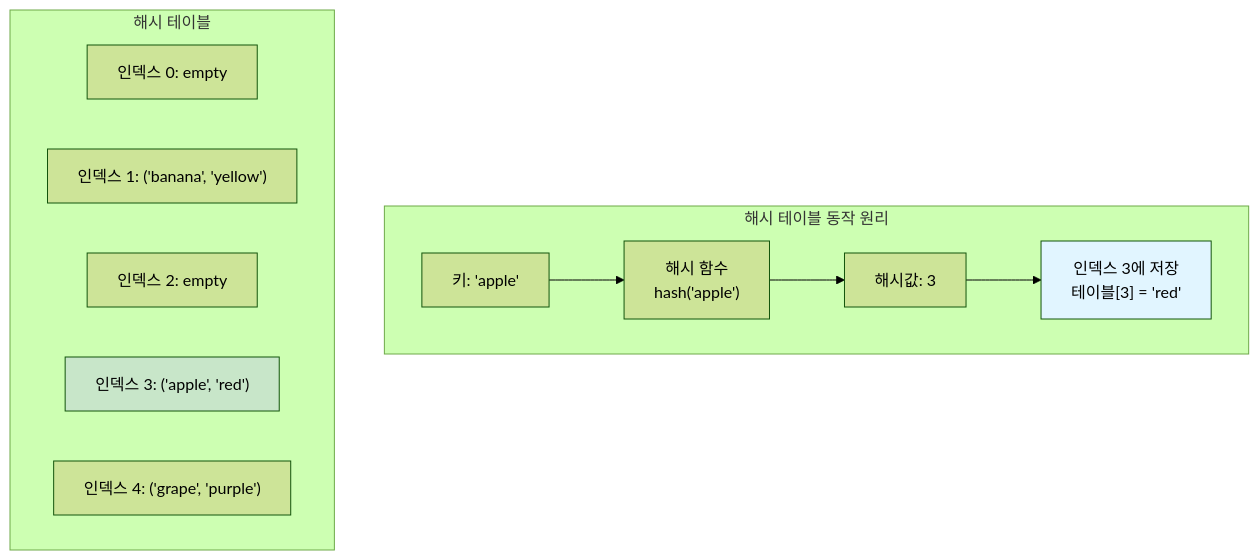
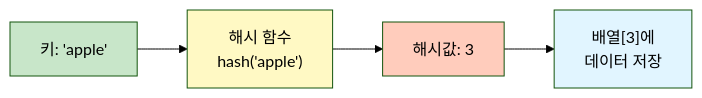
One commit to nugurejeil/weniVooks changed the second of 4 diagrams in _md/essentials-codingtest/chapter03/03-3.md. Above: the diagram before and after it, drawn with Mermaid (forest theme). The commit also changed other lines of this file and 6 other files, not shown here.

````diff
--- a/_md/essentials-codingtest/chapter03/03-3.md
+++ b/_md/essentials-codingtest/chapter03/03-3.md
@@ -27,19 +41,11 @@
 ```mermaid
-graph TB
-    subgraph "해시 테이블 동작 원리"
+graph LR
     A["키: 'apple'"] --> B["해시 함수<br/>hash('apple')"]
     B --> C["해시값: 3"]
-    C --> D["인덱스 3에 저장<br/>테이블[3] = 'red'"]
-    end
+    C --> D["배열[3]에<br/>데이터 저장"]
 
-    subgraph "해시 테이블"
-    E["인덱스 0: empty"]
-    F["인덱스 1: ('banana', 'yellow')"]
-    G["인덱스 2: empty"]
-    H["인덱스 3: ('apple', 'red')"]
-    I["인덱스 4: ('grape', 'purple')"]
-    end
-
-    style H fill:#c8e6c9
+    style A fill:#c8e6c9
+    style B fill:#fff9c4
+    style C fill:#ffccbc
     style D fill:#e1f5ff
 ```
````
